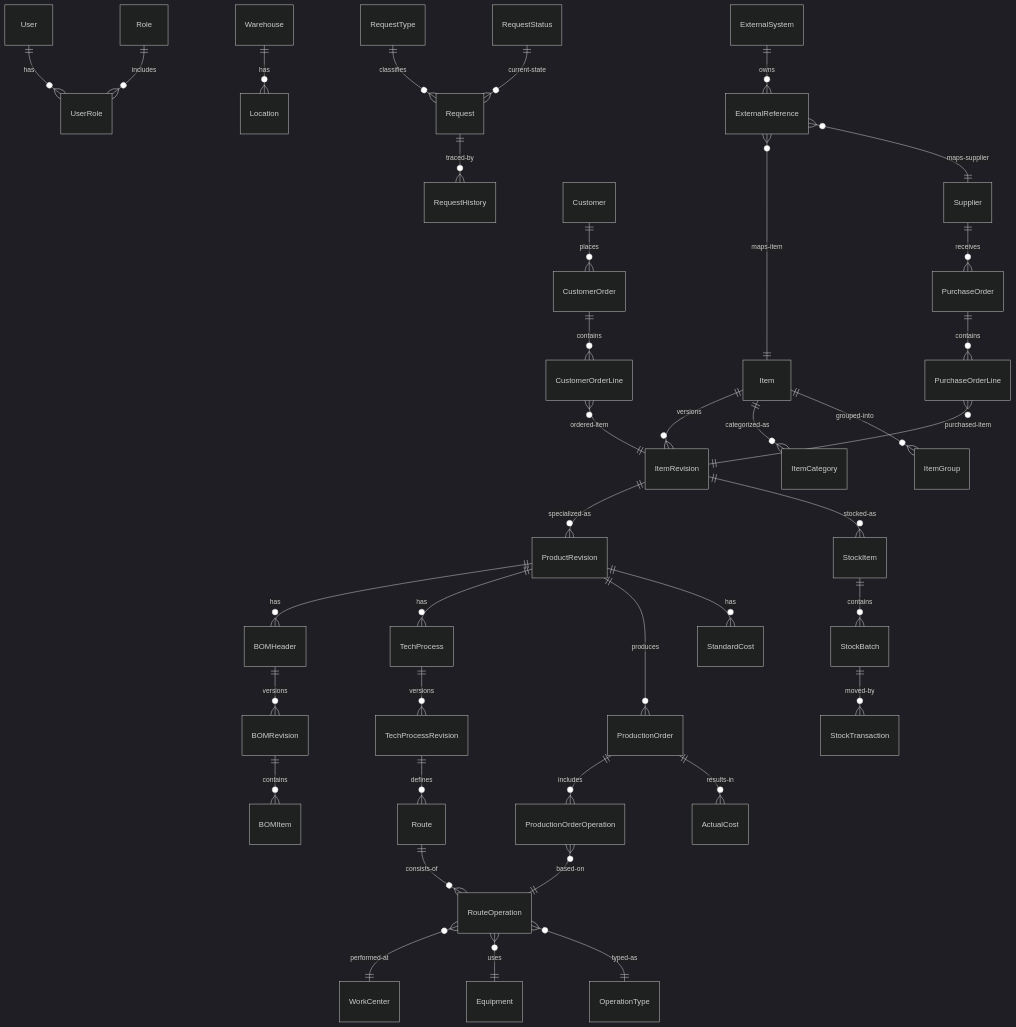
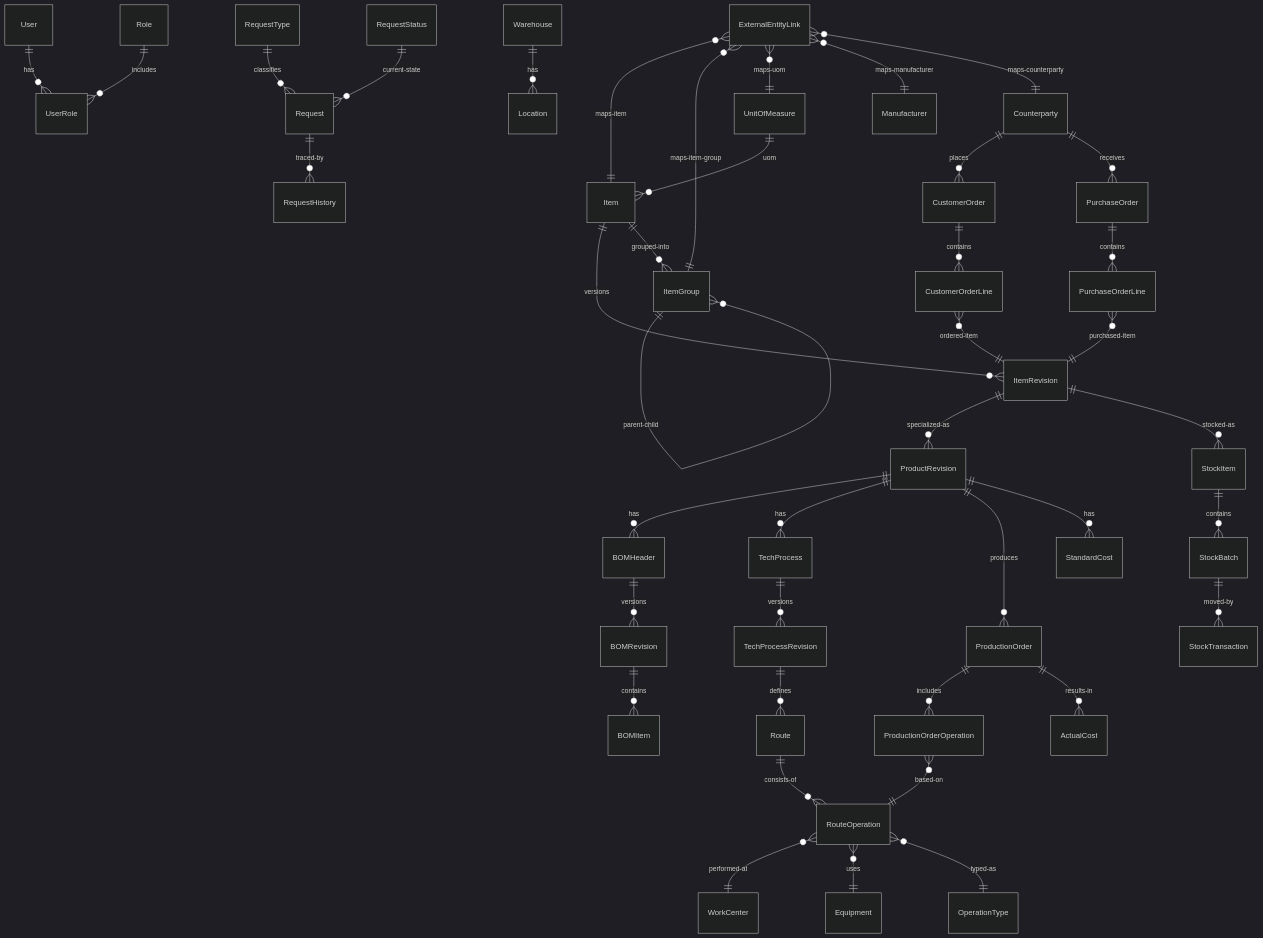
One commit to Paashik/MyIS changed the diagram in doc/MyIS_Conceptual_Data_Model_v0.3.md. Above: the diagram before and after it, drawn with Mermaid (dark theme). The commit also changed other lines of this file and 210 other files, not shown here.

````diff
--- a/doc/MyIS_Conceptual_Data_Model_v0.3.md
+++ b/doc/MyIS_Conceptual_Data_Model_v0.3.md
@@ -315,62 +319,65 @@
 ```mermaid
 erDiagram
 
   %% CORE
   User ||--o{ UserRole : has
   Role ||--o{ UserRole : includes
 
   %% MDM
   Item ||--o{ ItemRevision : versions
-  Item ||--o{ ItemCategory : categorized-as
   Item ||--o{ ItemGroup : grouped-into
+  ItemGroup ||--o{ ItemGroup : parent-child
+  UnitOfMeasure ||--o{ Item : uom
 
   %% ENGINEERING
   ItemRevision ||--o{ ProductRevision : specialized-as
   ProductRevision ||--o{ BOMHeader : has
   BOMHeader ||--o{ BOMRevision : versions
   BOMRevision ||--o{ BOMItem : contains
 
   %% TECHNOLOGY
   ProductRevision ||--o{ TechProcess : has
   TechProcess ||--o{ TechProcessRevision : versions
   TechProcessRevision ||--o{ Route : defines
   Route ||--o{ RouteOperation : consists-of
   RouteOperation }o--|| WorkCenter : performed-at
   RouteOperation }o--|| Equipment : uses
   RouteOperation }o--|| OperationType : typed-as
 
   %% WAREHOUSE
   Warehouse ||--o{ Location : has
   ItemRevision ||--o{ StockItem : stocked-as
   StockItem ||--o{ StockBatch : contains
   StockBatch ||--o{ StockTransaction : moved-by
 
   %% REQUESTS
   RequestType ||--o{ Request : classifies
   RequestStatus ||--o{ Request : current-state
   Request ||--o{ RequestHistory : traced-by
 
   %% CUSTOMERS & ORDERS
-  Customer ||--o{ CustomerOrder : places
+  Counterparty ||--o{ CustomerOrder : places
   CustomerOrder ||--o{ CustomerOrderLine : contains
   CustomerOrderLine }o--|| ItemRevision : ordered-item
 
   %% PRODUCTION
   ProductRevision ||--o{ ProductionOrder : produces
   ProductionOrder ||--o{ ProductionOrderOperation : includes
   ProductionOrderOperation }o--|| RouteOperation : based-on
 
   %% PROCUREMENT
-  Supplier ||--o{ PurchaseOrder : receives
+  Counterparty ||--o{ PurchaseOrder : receives
   PurchaseOrder ||--o{ PurchaseOrderLine : contains
   PurchaseOrderLine }o--|| ItemRevision : purchased-item
 
   %% COSTING
   ProductRevision ||--o{ StandardCost : has
   ProductionOrder ||--o{ ActualCost : results-in
 
   %% INTEGRATION
-  ExternalSystem ||--o{ ExternalReference : owns
-  ExternalReference }o--|| Item : maps-item
-  ExternalReference }o--|| Supplier : maps-supplier
+  ExternalEntityLink }o--|| Item : maps-item
+  ExternalEntityLink }o--|| ItemGroup : maps-item-group
+  ExternalEntityLink }o--|| UnitOfMeasure : maps-uom
+  ExternalEntityLink }o--|| Manufacturer : maps-manufacturer
+  ExternalEntityLink }o--|| Counterparty : maps-counterparty
 ```
````
